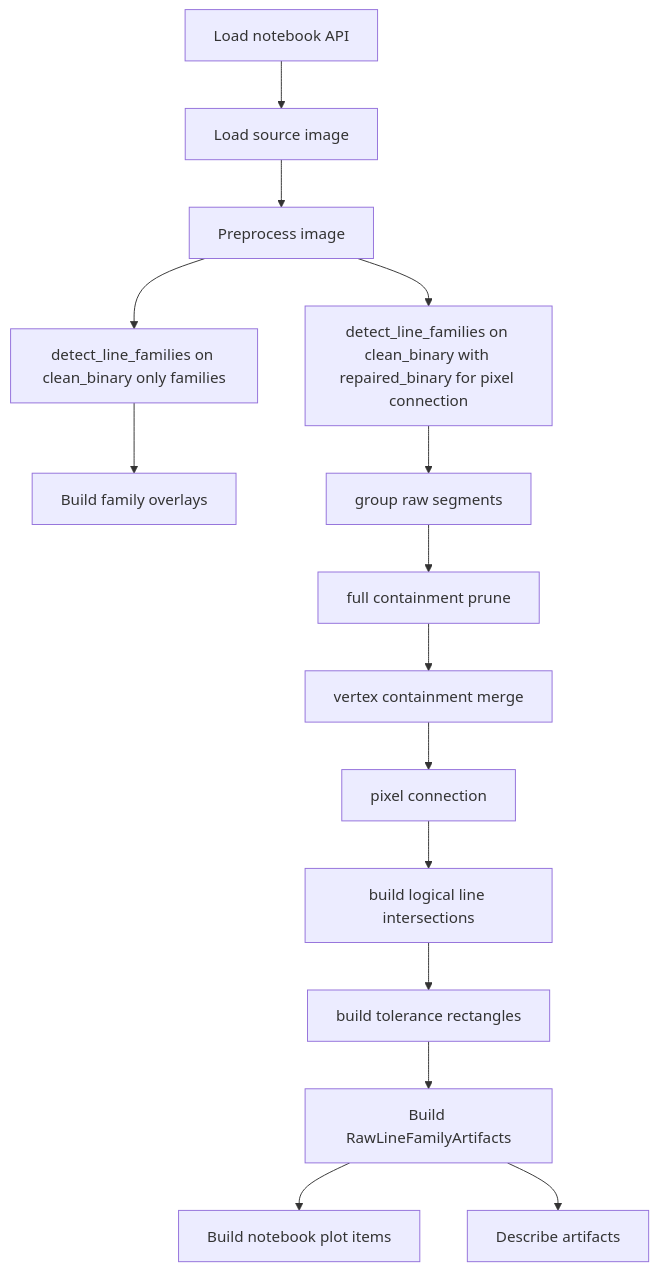
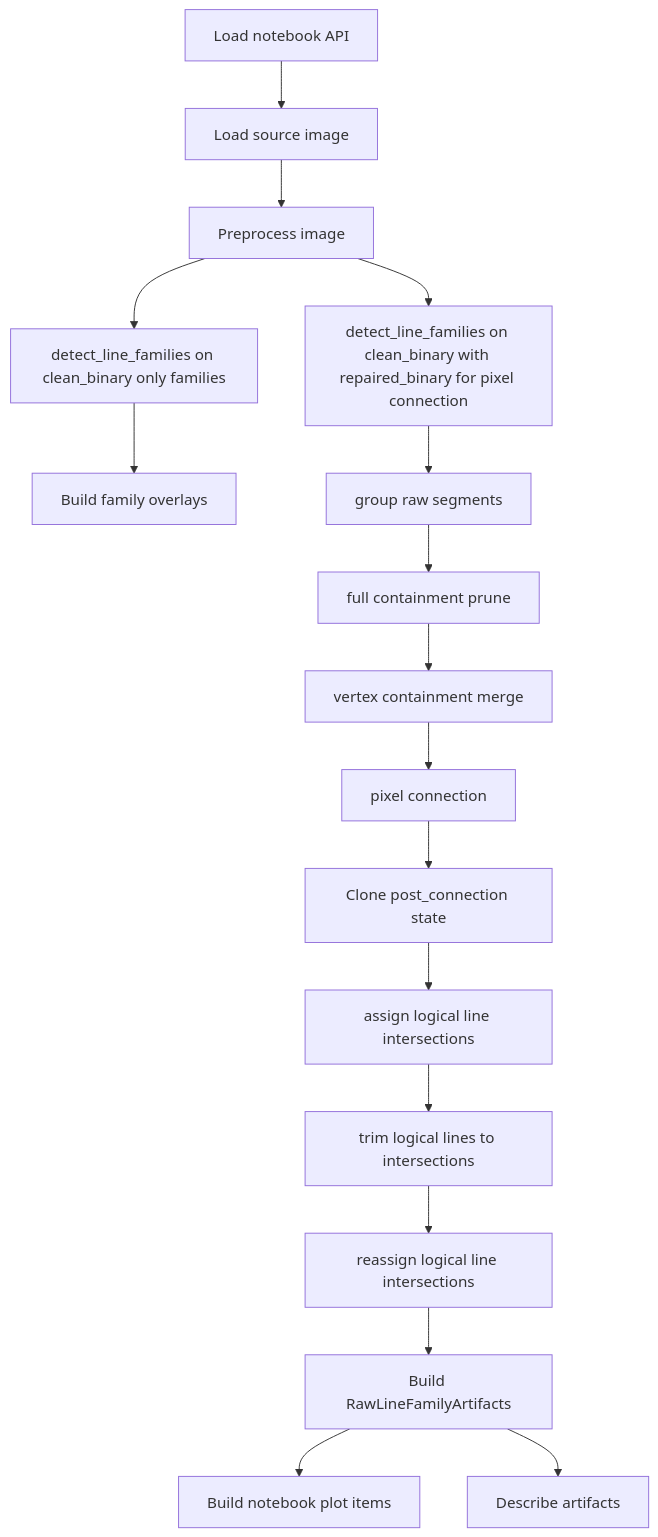
The diagram in src/MachineLearning/draft/raw_line_family_only/documentation/pipeline_overview.md (ML-Experts/sudoku), drawn with Mermaid before and after one commit. The commit also changed other lines of this file and 7 other files, not shown here.

First line of the commit message:
Update documentation for logical line processing and intersection handling

````diff
--- a/src/MachineLearning/draft/raw_line_family_only/documentation/pipeline_overview.md
+++ b/src/MachineLearning/draft/raw_line_family_only/documentation/pipeline_overview.md
@@ -343,17 +312,19 @@
 ```mermaid
 flowchart TD
     loadApi[Load notebook API] --> loadImage[Load source image]
     loadImage --> preprocess[Preprocess image]
     preprocess --> familyPass[detect_line_families on clean_binary only families]
     preprocess --> fullPass[detect_line_families on clean_binary with repaired_binary for pixel connection]
     familyPass --> familyOverlay[Build family overlays]
     fullPass --> grouping[group raw segments]
     grouping --> fullContainment[full containment prune]
     fullContainment --> vertexMerge[vertex containment merge]
     vertexMerge --> connection[pixel connection]
-    connection --> intersections[build logical line intersections]
-    intersections --> tolerance[build tolerance rectangles]
-    tolerance --> buildArtifacts[Build RawLineFamilyArtifacts]
+    connection --> savePost[Clone post_connection state]
+    savePost --> intersections[assign logical line intersections]
+    intersections --> trim[trim logical lines to intersections]
+    trim --> finalIntersections[reassign logical line intersections]
+    finalIntersections --> buildArtifacts[Build RawLineFamilyArtifacts]
     buildArtifacts --> buildPlots[Build notebook plot items]
     buildArtifacts --> buildReport[Describe artifacts]
 ```
````
